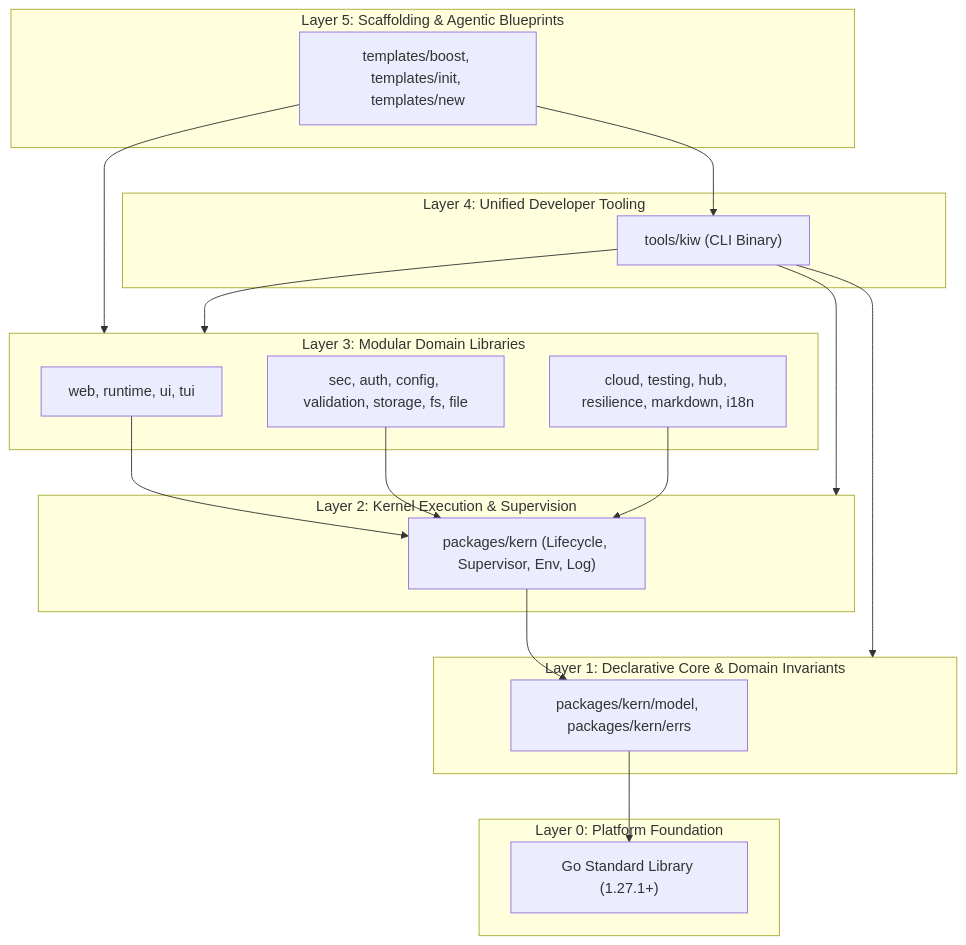
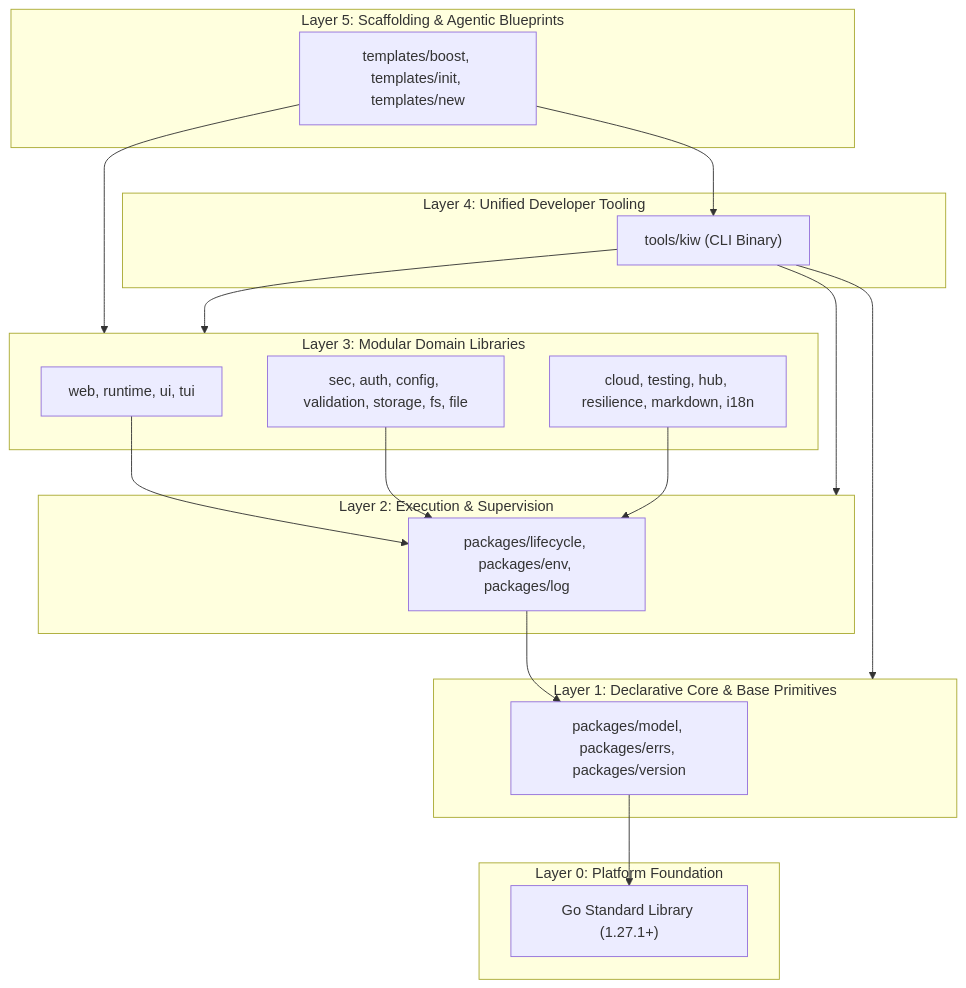
One commit to krewire/krewire changed the diagram in docs/foundation/architecture.md. Above: the diagram before and after it, drawn with Mermaid. The commit also changed other lines of this file and 179 other files, not shown here.

First line of the commit message:
refactor(core): flatten kern into modular packages and synchronize documentation

````diff
--- a/docs/foundation/architecture.md
+++ b/docs/foundation/architecture.md
@@ -64,39 +73,39 @@
 ```mermaid
 flowchart TD
     subgraph L5 ["Layer 5: Scaffolding & Agentic Blueprints"]
         Templates["templates/boost, templates/init, templates/new"]
     end
 
     subgraph L4 ["Layer 4: Unified Developer Tooling"]
         KiwCLI["tools/kiw (CLI Binary)"]
     end
 
     subgraph L3 ["Layer 3: Modular Domain Libraries"]
         WebRuntime["web, runtime, ui, tui"]
         SecuritySys["sec, auth, config, validation, storage, fs, file"]
         PlatformUtil["cloud, testing, hub, resilience, markdown, i18n"]
     end
 
-    subgraph L2 ["Layer 2: Kernel Execution & Supervision"]
-        KernLifecycle["packages/kern (Lifecycle, Supervisor, Env, Log)"]
+    subgraph L2 ["Layer 2: Execution & Supervision"]
+        KernLifecycle["packages/lifecycle, packages/env, packages/log"]
     end
 
-    subgraph L1 ["Layer 1: Declarative Core & Domain Invariants"]
-        KernModel["packages/kern/model, packages/kern/errs"]
+    subgraph L1 ["Layer 1: Declarative Core & Base Primitives"]
+        KernModel["packages/model, packages/errs, packages/version"]
     end
 
     subgraph L0 ["Layer 0: Platform Foundation"]
         StdLib["Go Standard Library (1.27.1+)"]
     end
 
     Templates --> KiwCLI
     Templates --> L3
     KiwCLI --> L3
     KiwCLI --> L2
     KiwCLI --> L1
     WebRuntime --> KernLifecycle
     SecuritySys --> KernLifecycle
     PlatformUtil --> KernLifecycle
     KernLifecycle --> KernModel
     KernModel --> StdLib
 ```
````
